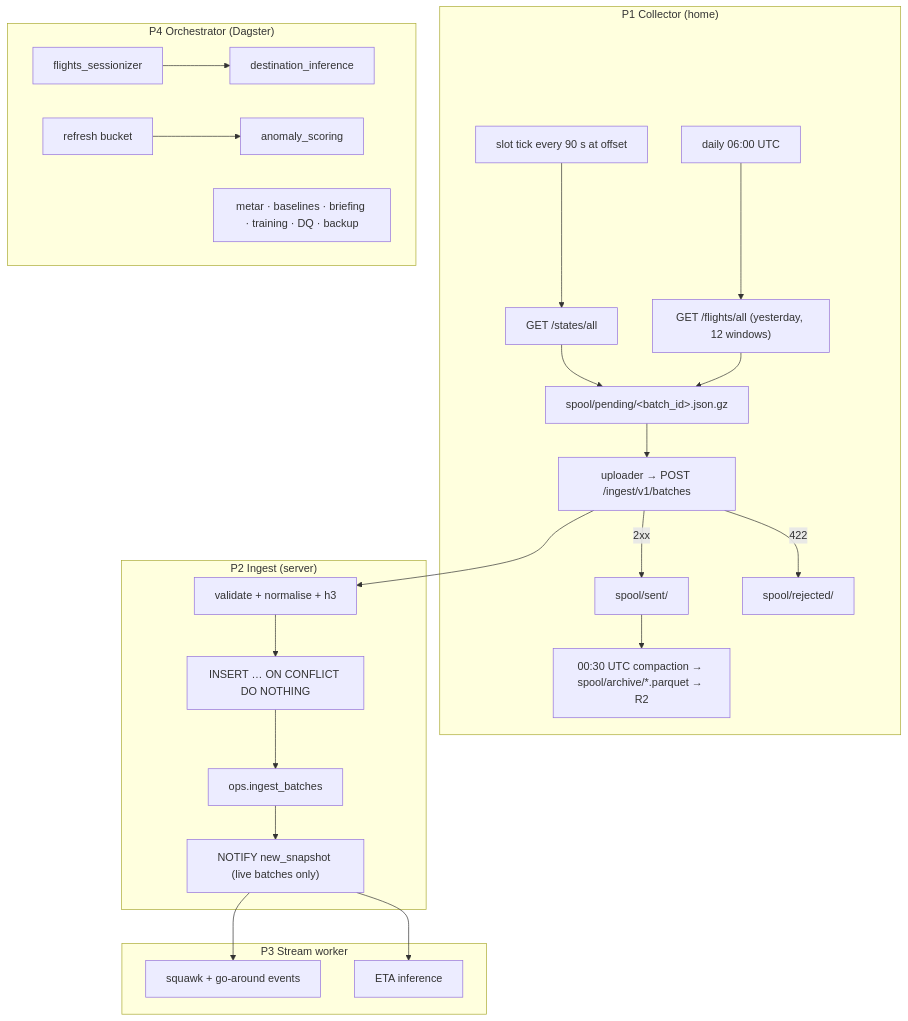
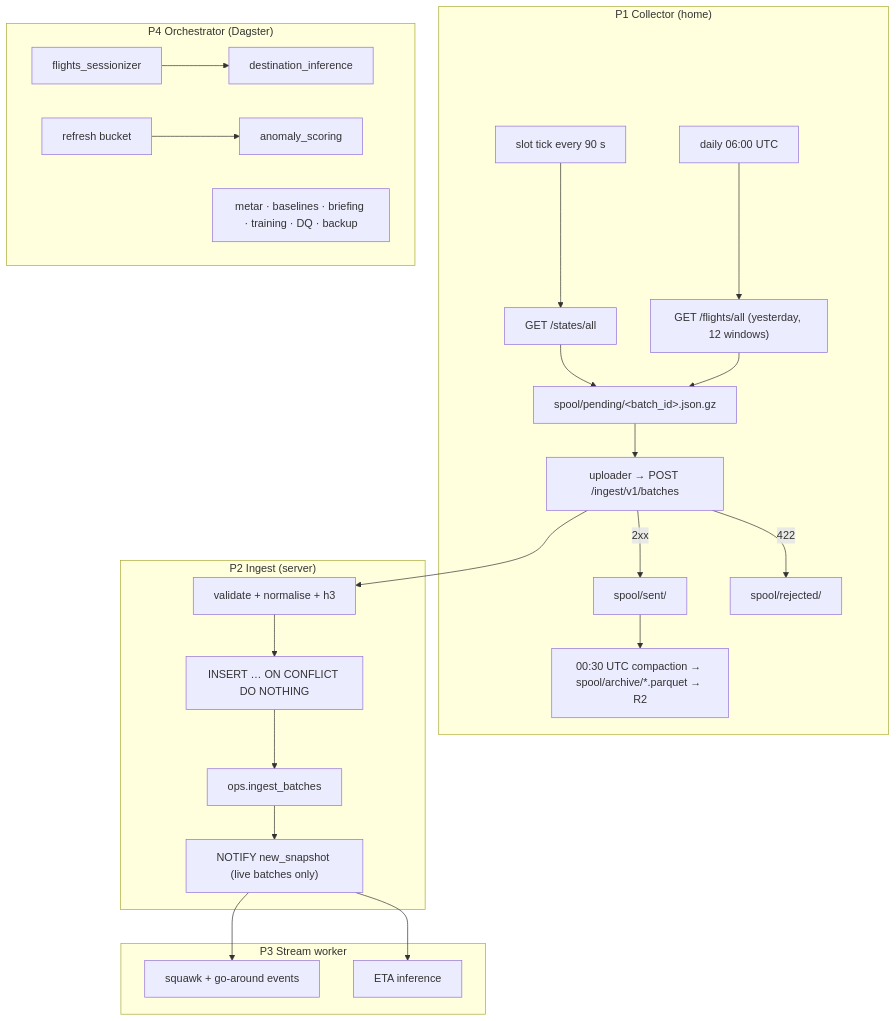
The diagram in docs/04-pipelines.md (AlekkDev/airspace-live-tracker), drawn with Mermaid before and after one commit. The commit also changed other lines of this file and 22 other files, not shown here.

````diff
--- a/docs/04-pipelines.md
+++ b/docs/04-pipelines.md
@@ -3,27 +3,27 @@
 ```mermaid
 flowchart TB
   subgraph P1["P1 Collector (home)"]
-    T["slot tick every 90 s at offset"] --> F["GET /states/all"]
+    T["slot tick every 90 s"] --> F["GET /states/all"]
     FL["daily 06:00 UTC"] --> FA["GET /flights/all (yesterday, 12 windows)"]
     F --> W["spool/pending/&lt;batch_id&gt;.json.gz"]
     FA --> W
     W --> U["uploader → POST /ingest/v1/batches"]
     U -->|"2xx"| M["spool/sent/"]
     U -->|"422"| RJ["spool/rejected/"]
     M --> D["00:30 UTC compaction → spool/archive/*.parquet → R2"]
   end
   subgraph P2["P2 Ingest (server)"]
     V["validate + normalise + h3"] --> I["INSERT … ON CONFLICT DO NOTHING"]
     I --> B["ops.ingest_batches"] --> N["NOTIFY new_snapshot (live batches only)"]
   end
   subgraph P3["P3 Stream worker"]
     N --> E["squawk + go-around events"]
     N --> ETA["ETA inference"]
   end
   subgraph P4["P4 Orchestrator (Dagster)"]
     SES["flights_sessionizer"] --> DEST["destination_inference"]
     CAGG["refresh bucket"] --> AN["anomaly_scoring"]
     OTHER["metar · baselines · briefing · training · DQ · backup"]
   end
   U --> V
 ```
````
